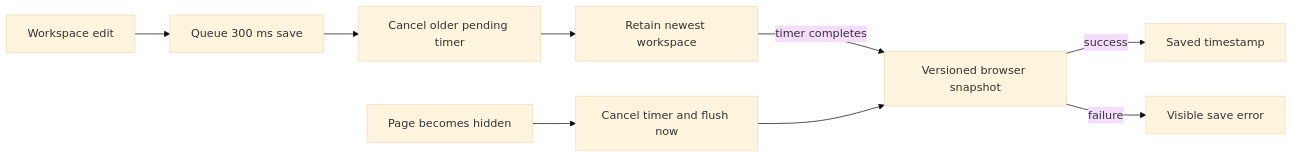
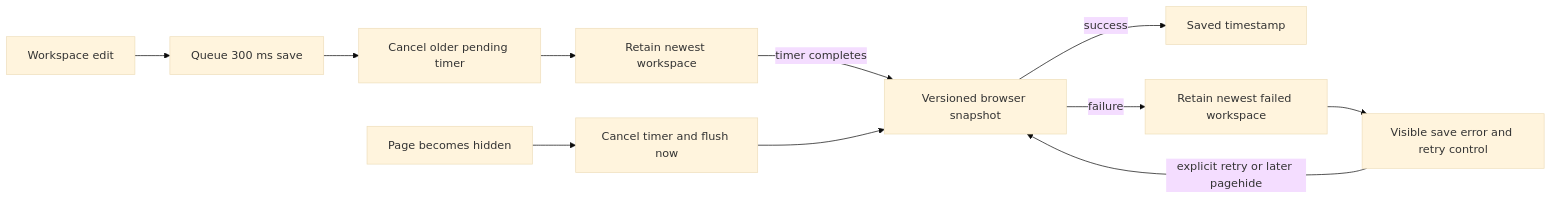
Diagram 11 of 11 in signalforge/docs/architecture.md (ASKR04/JavaScript), drawn with Mermaid (base theme) before and after one commit. The commit also changed other lines of this file and 7 other files, not shown here.

````diff
--- a/signalforge/docs/architecture.md
+++ b/signalforge/docs/architecture.md
@@ -207,11 +207,13 @@
 ```mermaid
 flowchart LR
     Edit["Workspace edit"] --> Queue["Queue 300 ms save"]
     Queue --> Replace["Cancel older pending timer"]
     Replace --> Latest["Retain newest workspace"]
     Latest -->|timer completes| Storage["Versioned browser snapshot"]
     PageHide["Page becomes hidden"] --> Flush["Cancel timer and flush now"]
     Flush --> Storage
     Storage -->|success| Saved["Saved timestamp"]
-    Storage -->|failure| Error["Visible save error"]
+    Storage -->|failure| Recovery["Retain newest failed workspace"]
+    Recovery --> Error["Visible save error and retry control"]
+    Error -->|explicit retry or later pagehide| Storage
 ```
````
